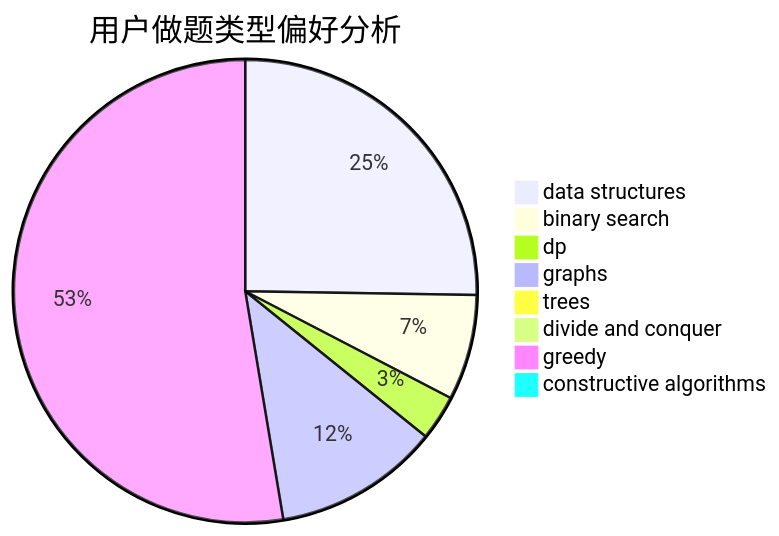
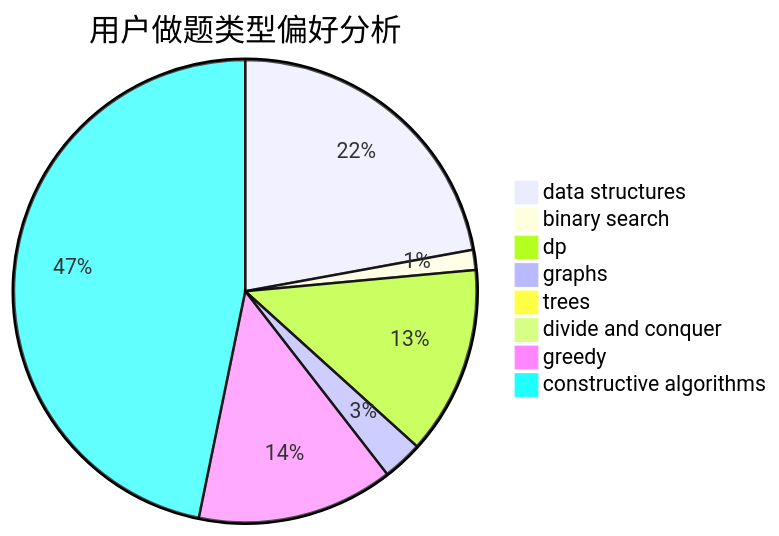
One commit to sherpahu/cfrs.github.io changed the second of 3 diagrams in docs/user/u1464.md. Above: the diagram before and after it, drawn with Mermaid. The commit also changed other lines of this file and 2770 other files, not shown here.

````diff
--- a/docs/user/u1464.md
+++ b/docs/user/u1464.md
@@ -23,11 +23,11 @@
 ```mermaid
 pie title 用户做题类型偏好分析
-    "data structures" :  24
-    "binary search" :  7
-    "dp" :  3
-    "graphs" :  11
+    "data structures" :  79
+    "binary search" :  5
+    "dp" :  47
+    "graphs" :  10
     "trees" :  0
     "divide and conquer" :  0
-    "greedy" :  50
-    "constructive algorithms" :  0
+    "greedy" :  49
+    "constructive algorithms" :  167
 ```
````
